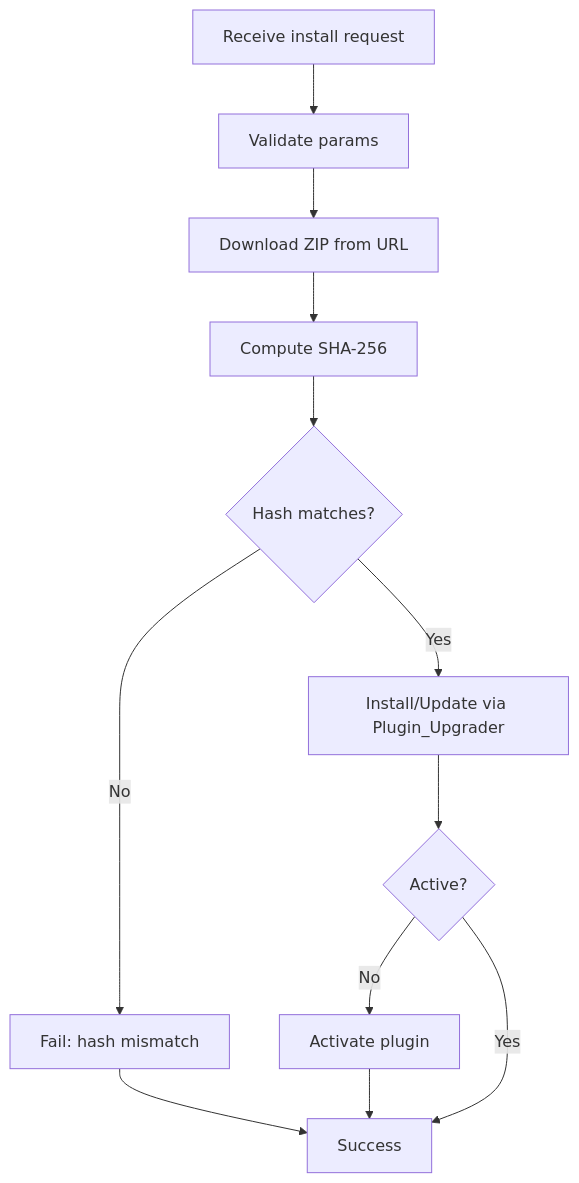
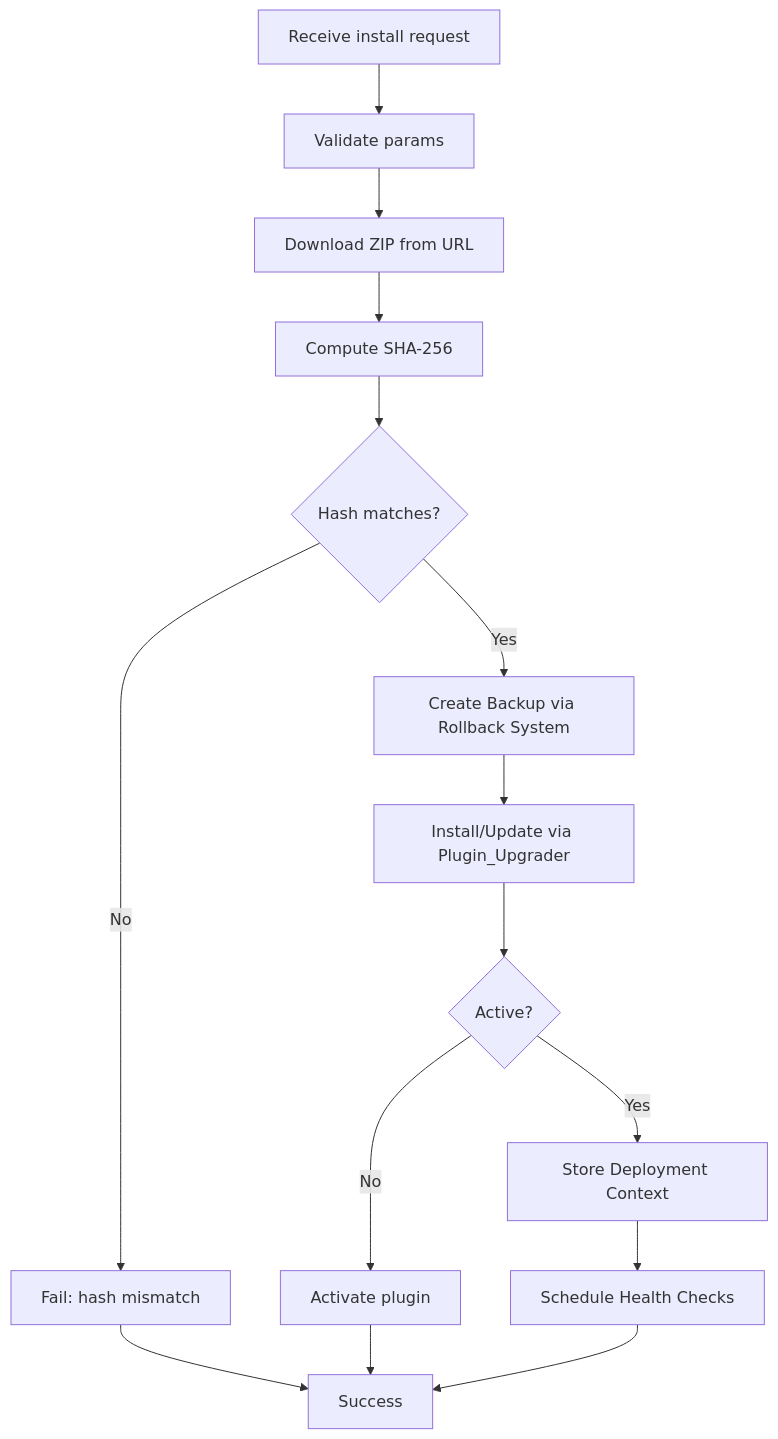
One commit to FCS-WP/website_portal changed the fifth of 18 diagrams in .qoder/repowiki/en/content/WordPress Agent Integration/WordPress Agent Integration.md. Above: the diagram before and after it, drawn with Mermaid. The commit also changed other lines of this file and 37 other files, not shown here.

````diff
--- a/.qoder/repowiki/en/content/WordPress Agent Integration/WordPress Agent Integration.md
+++ b/.qoder/repowiki/en/content/WordPress Agent Integration/WordPress Agent Integration.md
@@ -238,14 +325,17 @@
 ```mermaid
 flowchart TD
 Req["Receive install request"] --> Params["Validate params"]
 Params --> Download["Download ZIP from URL"]
 Download --> Hash["Compute SHA-256"]
 Hash --> Match{"Hash matches?"}
 Match --> |No| FailHash["Fail: hash mismatch"]
-Match --> |Yes| Upgrade["Install/Update via Plugin_Upgrader"]
+Match --> |Yes| Backup["Create Backup via Rollback System"]
+Backup --> Upgrade["Install/Update via Plugin_Upgrader"]
 Upgrade --> Activate{"Active?"}
 Activate --> |No| DoActivate["Activate plugin"]
-Activate --> |Yes| Done["Success"]
+Activate --> |Yes| DeployContext["Store Deployment Context"]
+DeployContext --> ScheduleHC["Schedule Health Checks"]
+ScheduleHC --> Done["Success"]
 FailHash --> Done
 DoActivate --> Done
 ```
````
